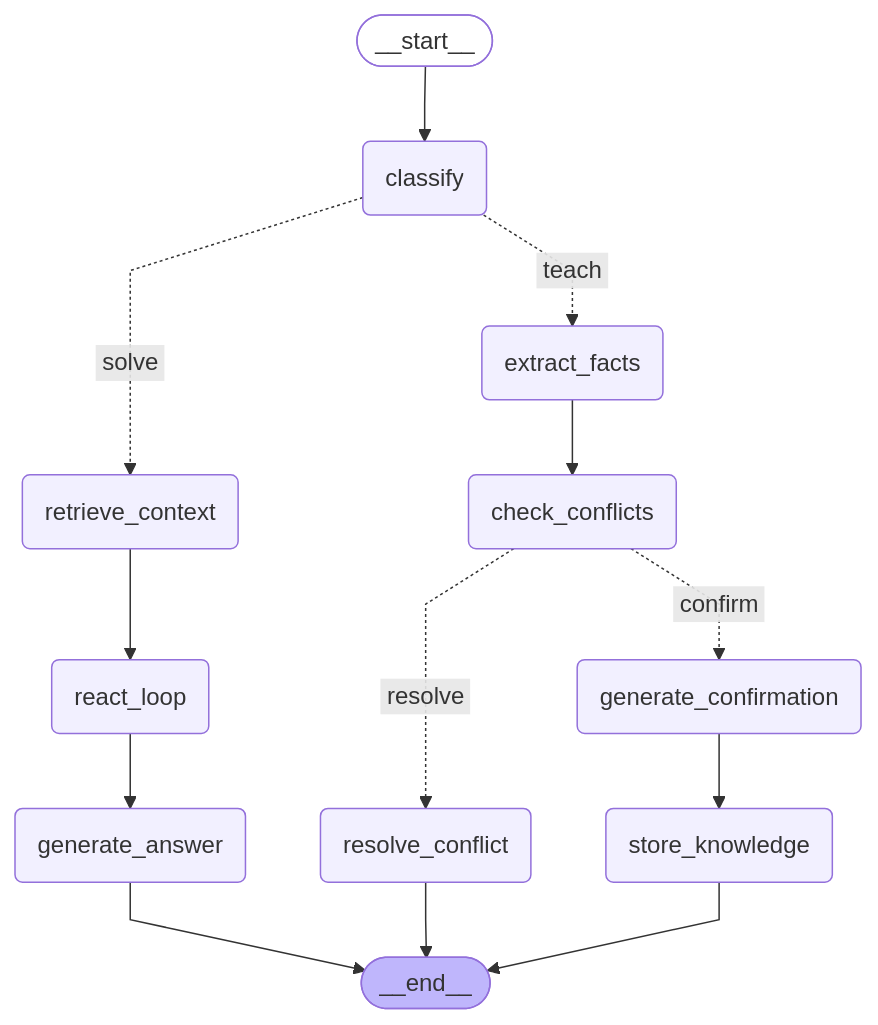
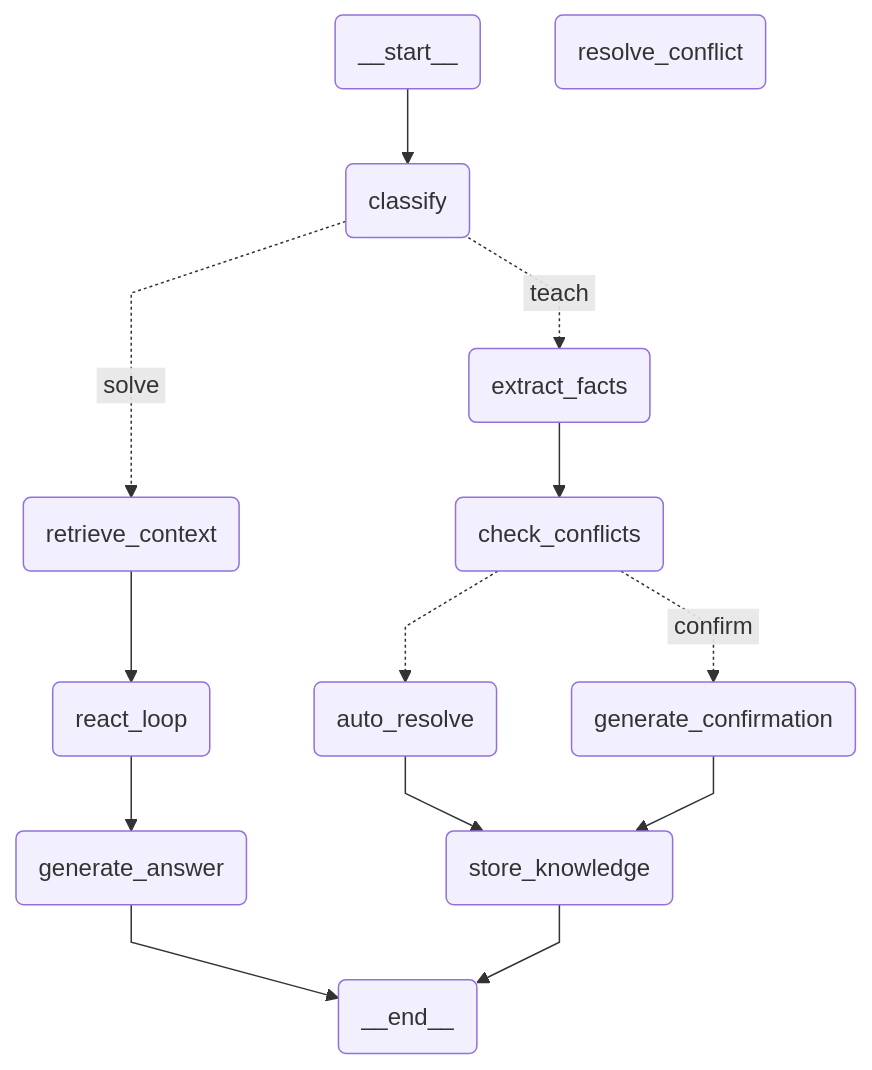
One commit to isamarcev/AI-graphiti-lapallm changed the diagram in graph.mmd. Above: the diagram before and after it, drawn with Mermaid. The commit also changed 1 other file, not shown here.

Commit message:
Update Mermaid diagram to refine workflows and integrate auto-resolve node
- Adjusted `graph.mmd` to enhance visualization of the TEACH flow by seamlessly integrating the `auto_resolve` node.
- Updated edge connections to reflect the new flow between `auto_resolve`, `store_knowledge`, and `check_conflicts`.
- Simplified start and end node syntax for better readability.
- Removed deprecated connection between `resolve_conflict` and the end node.

```diff
--- a/graph.mmd
+++ b/graph.mmd
@@ -1,32 +1,33 @@
 ---
 config:
   flowchart:
     curve: linear
 ---
 graph TD;
-	__start__([<p>__start__</p>]):::first
+	__start__(<p>__start__</p>)
 	classify(classify)
 	extract_facts(extract_facts)
 	check_conflicts(check_conflicts)
+	auto_resolve(auto_resolve)
 	resolve_conflict(resolve_conflict)
 	generate_confirmation(generate_confirmation)
 	store_knowledge(store_knowledge)
 	retrieve_context(retrieve_context)
 	react_loop(react_loop)
 	generate_answer(generate_answer)
-	__end__([<p>__end__</p>]):::last
+	__end__(<p>__end__</p>)
 	__start__ --> classify;
+	auto_resolve --> store_knowledge;
+	check_conflicts -.-> auto_resolve;
 	check_conflicts -. &nbsp;confirm&nbsp; .-> generate_confirmation;
-	check_conflicts -. &nbsp;resolve&nbsp; .-> resolve_conflict;
 	classify -. &nbsp;teach&nbsp; .-> extract_facts;
 	classify -. &nbsp;solve&nbsp; .-> retrieve_context;
 	extract_facts --> check_conflicts;
 	generate_confirmation --> store_knowledge;
 	react_loop --> generate_answer;
 	retrieve_context --> react_loop;
 	generate_answer --> __end__;
-	resolve_conflict --> __end__;
 	store_knowledge --> __end__;
 	classDef default fill:#f2f0ff,line-height:1.2
 	classDef first fill-opacity:0
 	classDef last fill:#bfb6fc
```
